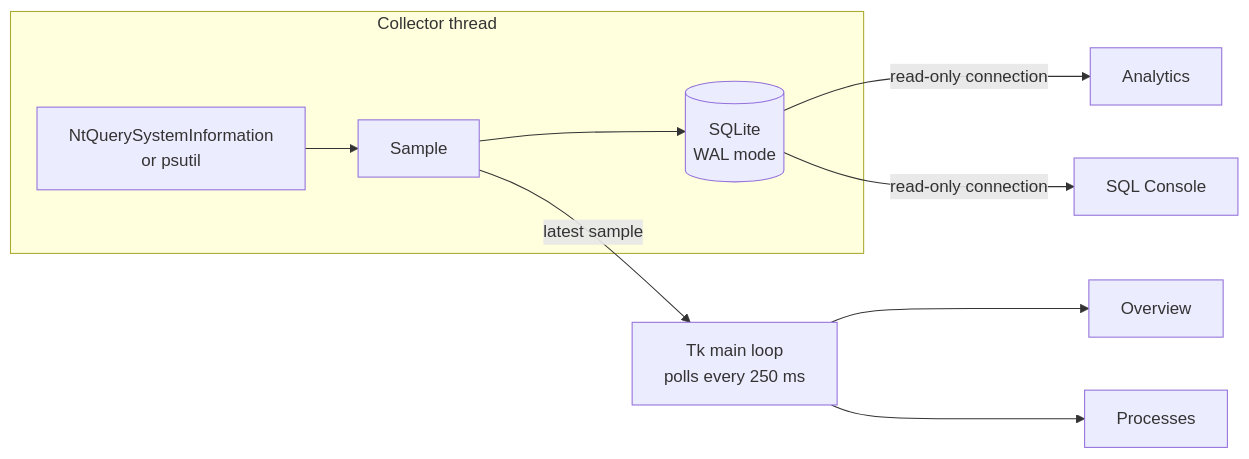
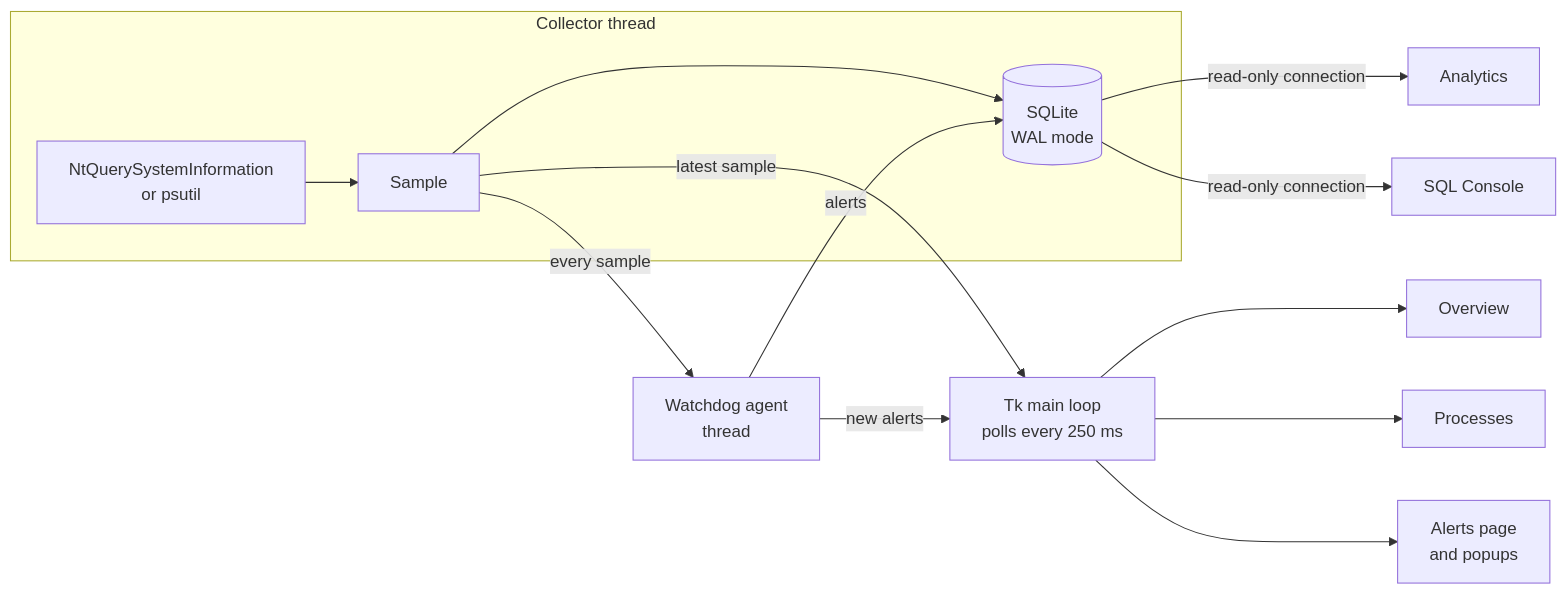
One commit to juanmiguelaasg/SystemProcessMonitor changed the first of 2 diagrams in README.md. Above: the diagram before and after it, drawn with Mermaid. The commit also changed other lines of this file and 3 other files, not shown here.

Commit message:
Document the watchdog agent, bump version to 1.1.0

````diff
--- a/README.md
+++ b/README.md
@@ -130,12 +205,16 @@
 ```mermaid
 flowchart LR
     subgraph Collector thread
         A[NtQuerySystemInformation<br/>or psutil] --> B[Sample]
         B --> C[(SQLite<br/>WAL mode)]
     end
+    B -- every sample --> W[Watchdog agent<br/>thread]
+    W -- alerts --> C
+    W -- new alerts --> D
     B -- latest sample --> D[Tk main loop<br/>polls every 250 ms]
     D --> E[Overview]
     D --> F[Processes]
+    D --> P[Alerts page<br/>and popups]
     C -- read-only connection --> G[Analytics]
     C -- read-only connection --> H[SQL Console]
 ```
````
